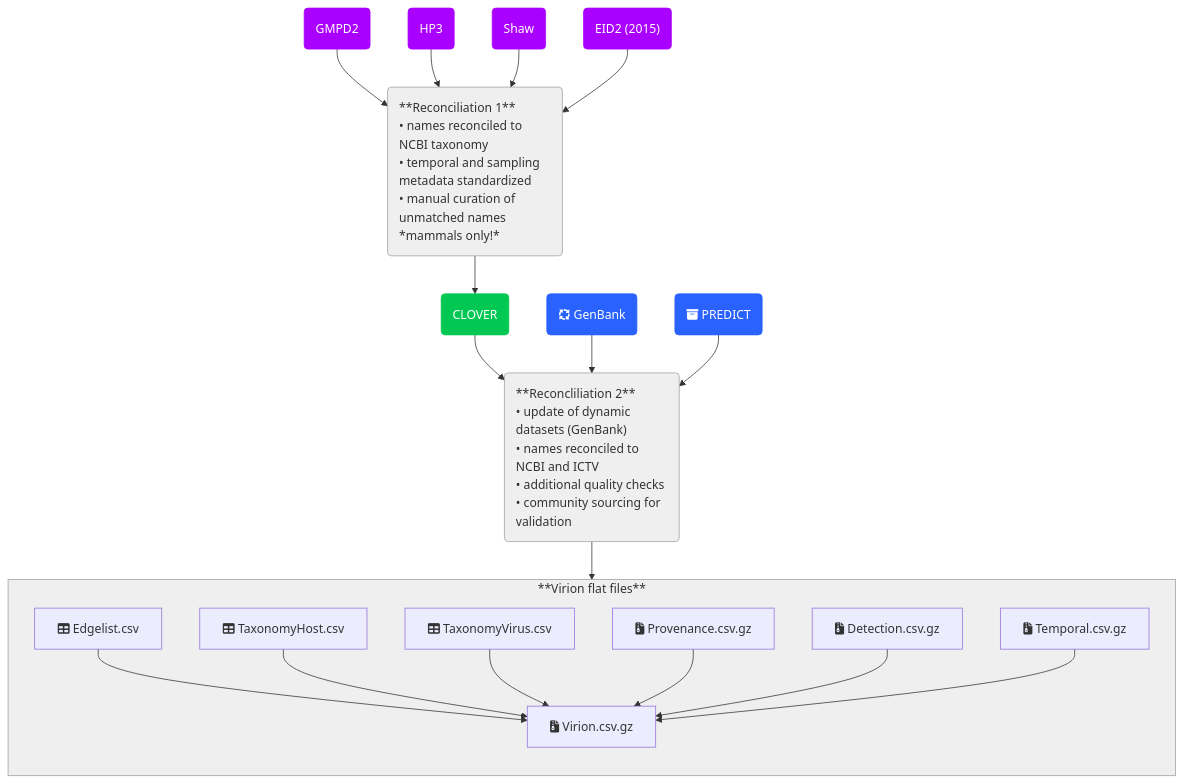
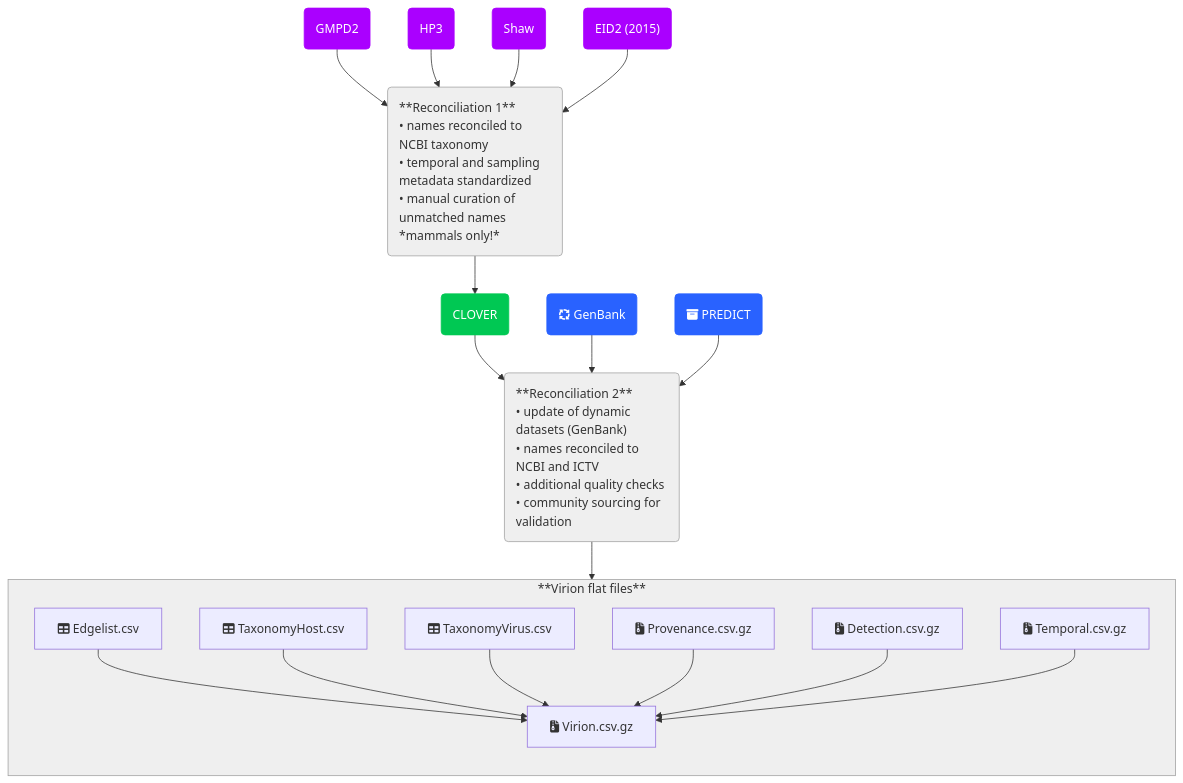
Before and after one commit to viralemergence/virion: the diagram in README.md, drawn with Mermaid. The commit also changed other lines of this file, not shown here.

````diff
--- a/README.md
+++ b/README.md
@@ -11,78 +46,78 @@
 ```mermaid
 flowchart TB
 
 %% Nodes
     GMPD2("GMPD2")
     HP3("HP3")
     Shaw("Shaw")
     EID2("EID2 (2015)")
 
     RECON1("
 **Reconciliation 1**
 • names reconciled to NCBI taxonomy
 • temporal and sampling metadata standardized
 • manual curation of unmatched names
 *mammals only!*")
 
     style RECON1 text-align:left, fill:#efefef, stroke:#a0a0a0;
     style RECON2 text-align:left, fill:#efefef, stroke:#a0a0a0;
 
     CLOVER("CLOVER")
 
     GenBank("fa:fa-arrows-spin GenBank")
 
     PREDICT("fa:fa-box-archive PREDICT")
 
-    RECON2("**Reconcliliation 2**
+    RECON2("**Reconciliation 2**
 • update of dynamic datasets (GenBank)
 • names reconciled to NCBI and ICTV
 • additional quality checks
 • community sourcing for validation
 ")
 
 
     subgraph virion[**Virion flat files**]
         Virion["fa:fa-file-zipper Virion.csv.gz"]
         Edgelist["fa:fa-table Edgelist.csv"]
         TaxonomyHost["fa:fa-table TaxonomyHost.csv"]
         TaxonomyVirus["fa:fa-table TaxonomyVirus.csv"]
         Provenance["fa:fa-file-zipper Provenance.csv.gz"]
         Detection["fa:fa-file-zipper Detection.csv.gz"]
         Temporal["fa:fa-file-zipper Temporal.csv.gz"]
         direction TB
         Edgelist --> Virion
         TaxonomyHost --> Virion
         TaxonomyVirus --> Virion
         Provenance --> Virion
         Detection --> Virion
         Temporal --> Virion
     end
 
     style virion stroke:#a0a0a0, fill:#efefef;
 
 %% Edge connections between nodes
     GMPD2 --> RECON1;
     HP3 --> RECON1;
     Shaw --> RECON1;
     EID2 --> RECON1;
     RECON1 --> CLOVER;
 
     CLOVER --> RECON2;
     GenBank --> RECON2;
     PREDICT --> RECON2;
 
     RECON2 --> virion;
 
 %% Individual node styling. Try the visual editor toolbar for easier styling!
     style GMPD2 color:#FFFFFF, fill:#AA00FF, stroke:#AA00FF
     style HP3 color:#FFFFFF, fill:#AA00FF, stroke:#AA00FF
     style Shaw color:#FFFFFF, fill:#AA00FF, stroke:#AA00FF
     style EID2 color:#FFFFFF, fill:#AA00FF, stroke:#AA00FF
 
     style CLOVER color:#FFFFFF, stroke:#00C853, fill:#00C853
 
     style GenBank color:#FFFFFF, stroke:#2962FF, fill:#2962FF
     style PREDICT color:#FFFFFF, stroke:#2962FF, fill:#2962FF
 
 %% You can add notes with two "%" signs in a row!
 ```
````
